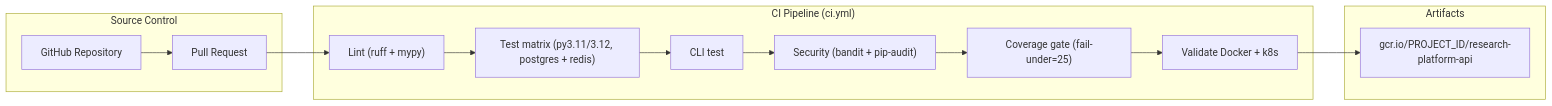
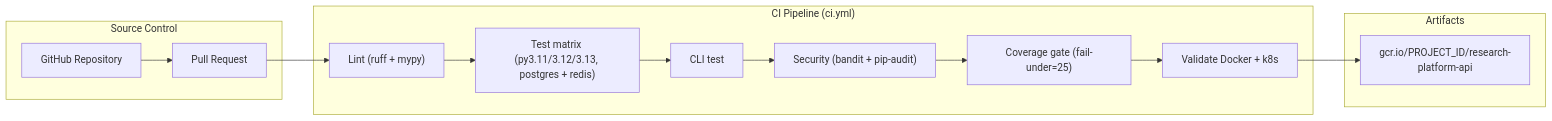
Before and after one commit to jsogarro/cerebro: the eighth of 8 diagrams in docs/system-architecture-diagrams.md, drawn with Mermaid. The commit also changed other lines of this file and 2 other files, not shown here.

Commit message:
Add Python 3.13 to the CI test matrix and update uv (#247)
* List the Python 3.13 test job in the branch-protection script and CI docs

TDD exception: documentation and an operator script only; no runtime behaviour changes.

* Add a Python 3.13 leg to the CI test matrix and update uv to 0.13.7

````diff
--- a/docs/system-architecture-diagrams.md
+++ b/docs/system-architecture-diagrams.md
@@ -661,29 +661,29 @@
 ```mermaid
 graph LR
     subgraph "Source Control"
         GIT["GitHub Repository"]
         PR["Pull Request"]
     end
 
     subgraph "CI Pipeline (ci.yml)"
         LINT["Lint (ruff + mypy)"]
-        TEST["Test matrix (py3.11/3.12, postgres + redis)"]
+        TEST["Test matrix (py3.11/3.12/3.13, postgres + redis)"]
         CLI_TEST["CLI test"]
         SEC["Security (bandit + pip-audit)"]
         COV["Coverage gate (fail-under=25)"]
         VALIDATE["Validate Docker + k8s"]
     end
 
     subgraph "Artifacts"
         REGISTRY["gcr.io/PROJECT_ID/research-platform-api"]
     end
 
     GIT --> PR
     PR --> LINT
     LINT --> TEST
     TEST --> CLI_TEST
     CLI_TEST --> SEC
     SEC --> COV
     COV --> VALIDATE
     VALIDATE --> REGISTRY
 ```
````
